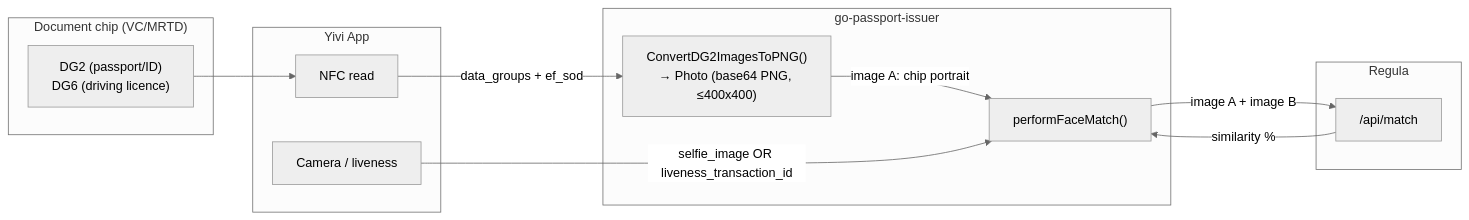
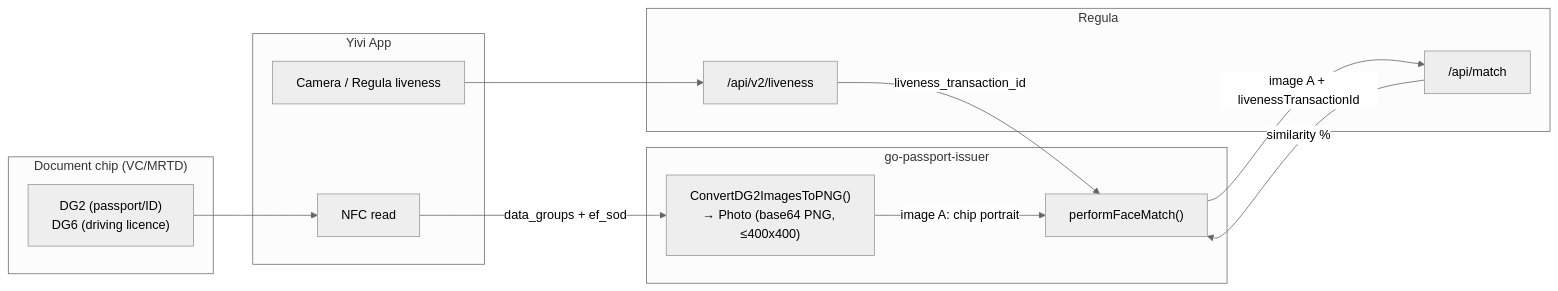
One commit to privacybydesign/go-passport-issuer changed the second of 2 diagrams in docs/face-verification-design.md. Above: the diagram before and after it, drawn with Mermaid (neutral theme). The commit also changed other lines of this file, not shown here.

Commit message:
docs: add face verification liveness design

````diff
--- a/docs/face-verification-design.md
+++ b/docs/face-verification-design.md
@@ -196,21 +157,22 @@
 ```mermaid
 flowchart LR
     subgraph Chip["Document chip (VC/MRTD)"]
         DG2["DG2 (passport/ID)<br/>DG6 (driving licence)"]
     end
     subgraph Client["Yivi App"]
         NFC["NFC read"]
-        CAM["Camera / liveness"]
+        CAM["Camera / Regula liveness"]
     end
     subgraph Backend["go-passport-issuer"]
         CONV["ConvertDG2ImagesToPNG()<br/>→ Photo (base64 PNG, ≤400x400)"]
         MATCH["performFaceMatch()"]
     end
     subgraph Regula
+        LIV["/api/v2/liveness"]
         API["/api/match"]
     end
 
     DG2 --> NFC --> |data_groups + ef_sod| CONV --> |image A: chip portrait| MATCH
-    CAM --> |selfie_image OR liveness_transaction_id| MATCH
-    MATCH --> |image A + image B| API --> |similarity %| MATCH
+    CAM --> LIV --> |liveness_transaction_id| MATCH
+    MATCH --> |image A + livenessTransactionId| API --> |similarity %| MATCH
 ```
````
